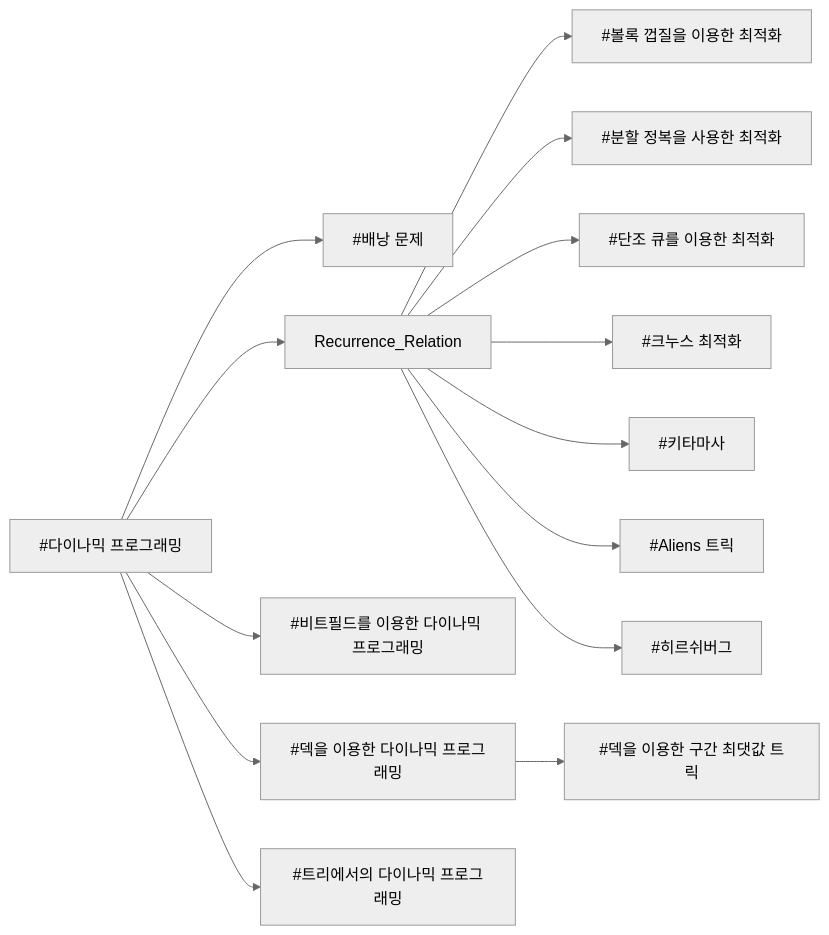
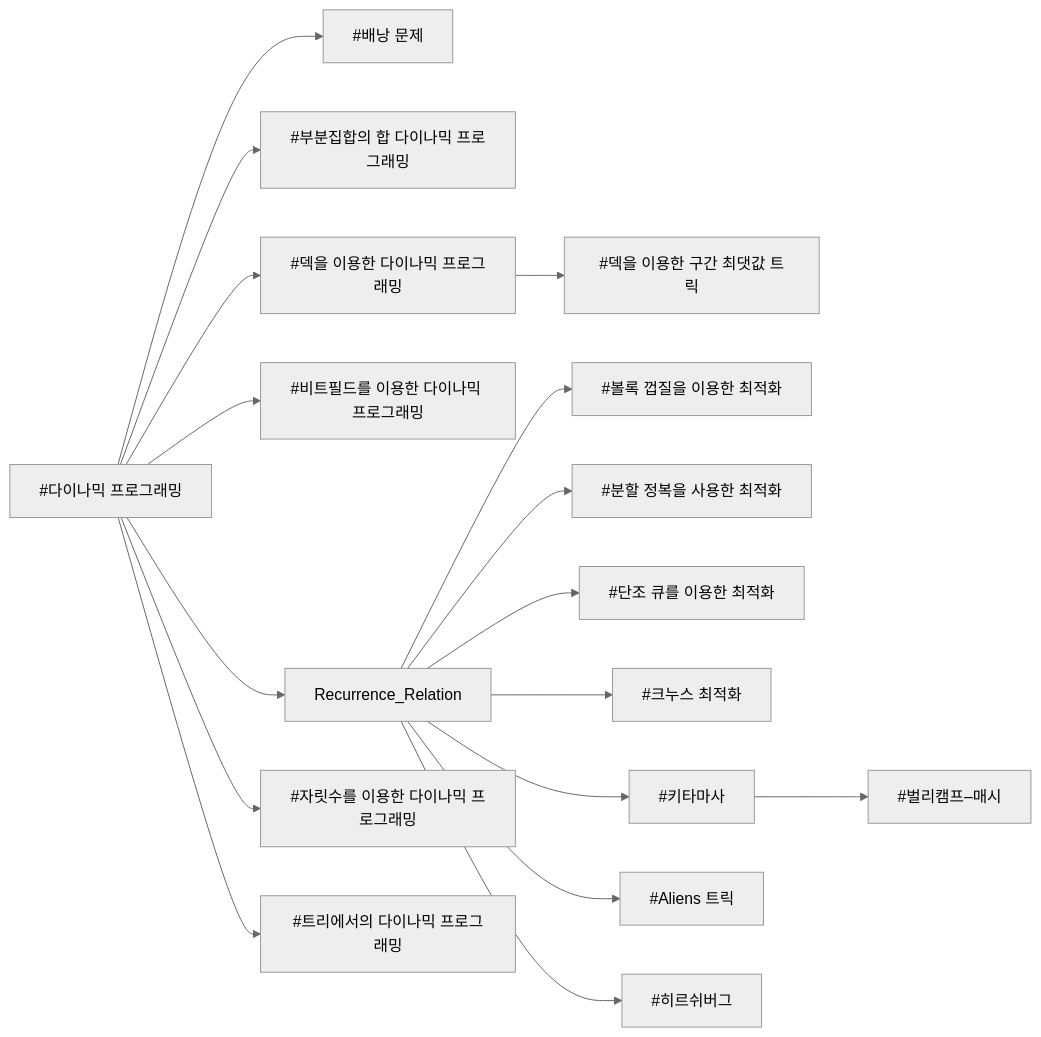
The ninth of 9 diagrams in index.md (CHOYUNSIG/algorithm_with_boj), drawn with Mermaid (neutral theme) before and after one commit. The commit also changed other lines of this file and 2 other files, not shown here.

```diff
--- a/index.md
+++ b/index.md
@@ -287,31 +361,37 @@
 <pre class="mermaid">
     graph LR
 
     #dp --> #knapsack
+    #dp --> #dp_sum_over_subsets
     #dp --> Recurrence_Relation
     #dp --> #dp_bitfield
     #dp --> #dp_deque
+    #dp --> #dp_digit
+    #dp --> #dp_tree
     #dp_deque --> #deque_trick
-    #dp --> #dp_tree
     Recurrence_Relation --> #cht
     Recurrence_Relation --> #divide_and_conquer_optimization
     Recurrence_Relation --> #monotone_queue_optimization
     Recurrence_Relation --> #knuth
     Recurrence_Relation --> #kitamasa
     Recurrence_Relation --> #alien
     Recurrence_Relation --> #hirschberg
+    #kitamasa --> #berlekamp_massey
 
     #alien[#Aliens 트릭]
+    #dp[#다이나믹 프로그래밍]
+    #monotone_queue_optimization[#단조 큐를 이용한 최적화]
+    #deque_trick[#덱을 이용한 구간 최댓값 트릭]
+    #dp_deque[#덱을 이용한 다이나믹 프로그래밍]
+    #knapsack[#배낭 문제]
+    #berlekamp_massey[#벌리캠프–매시]
     #cht[#볼록 껍질을 이용한 최적화]
-    #deque_trick[#덱을 이용한 구간 최댓값 트릭]
+    #dp_sum_over_subsets[#부분집합의 합 다이나믹 프로그래밍]
     #divide_and_conquer_optimization[#분할 정복을 사용한 최적화]
-    #dp[#다이나믹 프로그래밍]
     #dp_bitfield[#비트필드를 이용한 다이나믹 프로그래밍]
-    #dp_deque[#덱을 이용한 다이나믹 프로그래밍]
+    #dp_digit[#자릿수를 이용한 다이나믹 프로그래밍]
+    #knuth[#크누스 최적화]
+    #kitamasa[#키타마사]
     #dp_tree[#트리에서의 다이나믹 프로그래밍]
     #hirschberg[#히르쉬버그]
-    #kitamasa[#키타마사]
-    #knapsack[#배낭 문제]
-    #knuth[#크누스 최적화]
-    #monotone_queue_optimization[#단조 큐를 이용한 최적화]
 </pre>
```
